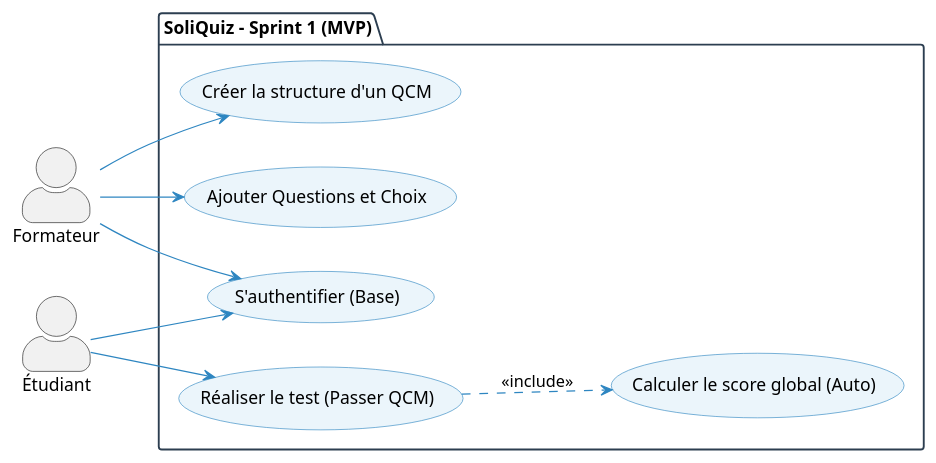
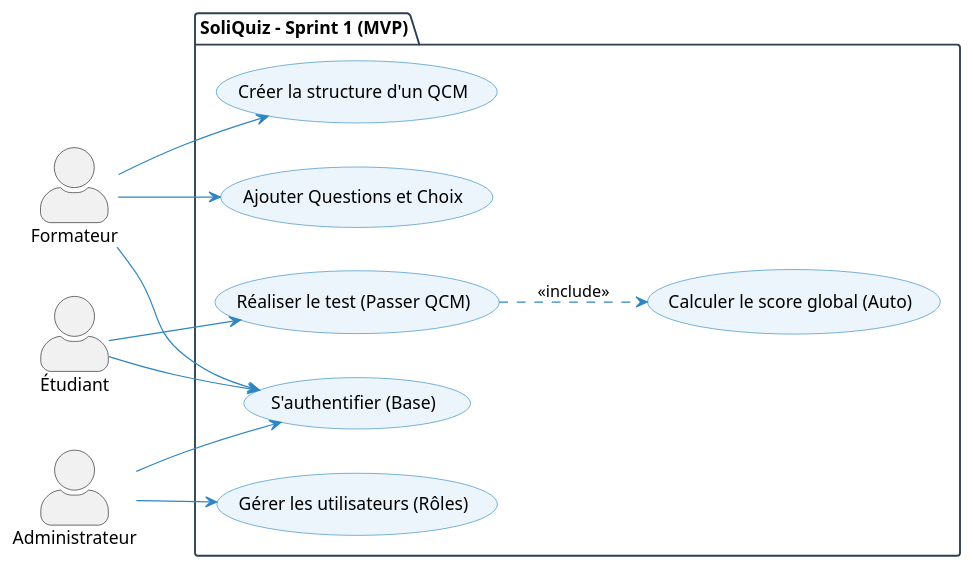
One commit to SoliQuiz/Analyse changed the diagram in cas-utilisation/cas-utilisation-sprint-1-mvp.puml. Above: the diagram before and after it, drawn with PlantUML. The commit also changed 11 other files, not shown here.

Commit message:
docs: Add user research, use case diagrams, and sprint definitions.

```diff
--- a/cas-utilisation/cas-utilisation-sprint-1-mvp.puml
+++ b/cas-utilisation/cas-utilisation-sprint-1-mvp.puml
@@ -1,35 +1,40 @@
 @startuml
 skinparam actorStyle awesome
 left to right direction
 
 skinparam package {
     BackgroundColor White
     BorderColor #2C3E50
 }
 
 skinparam usecase {
     BackgroundColor #EBF5FB
     BorderColor #2E86C1
     ArrowColor #2E86C1
 }
 
+actor "Administrateur" as A
 actor "Formateur" as F
 actor "Étudiant" as E
 
 package "SoliQuiz - Sprint 1 (MVP)" {
+    usecase "Gérer les utilisateurs (Rôles)" as UC1_6
     usecase "S'authentifier (Base)" as UC1_5
     usecase "Créer la structure d'un QCM" as UC1_1
     usecase "Ajouter Questions et Choix" as UC1_2
     usecase "Réaliser le test (Passer QCM)" as UC1_3
     usecase "Calculer le score global (Auto)" as UC1_4
 }
+
+A --> UC1_6
+A --> UC1_5
 
 F --> UC1_5
 F --> UC1_1
 F --> UC1_2
 
 E --> UC1_5
 E --> UC1_3
 
 UC1_3 ..> UC1_4 : <<include>>
 @enduml
```
